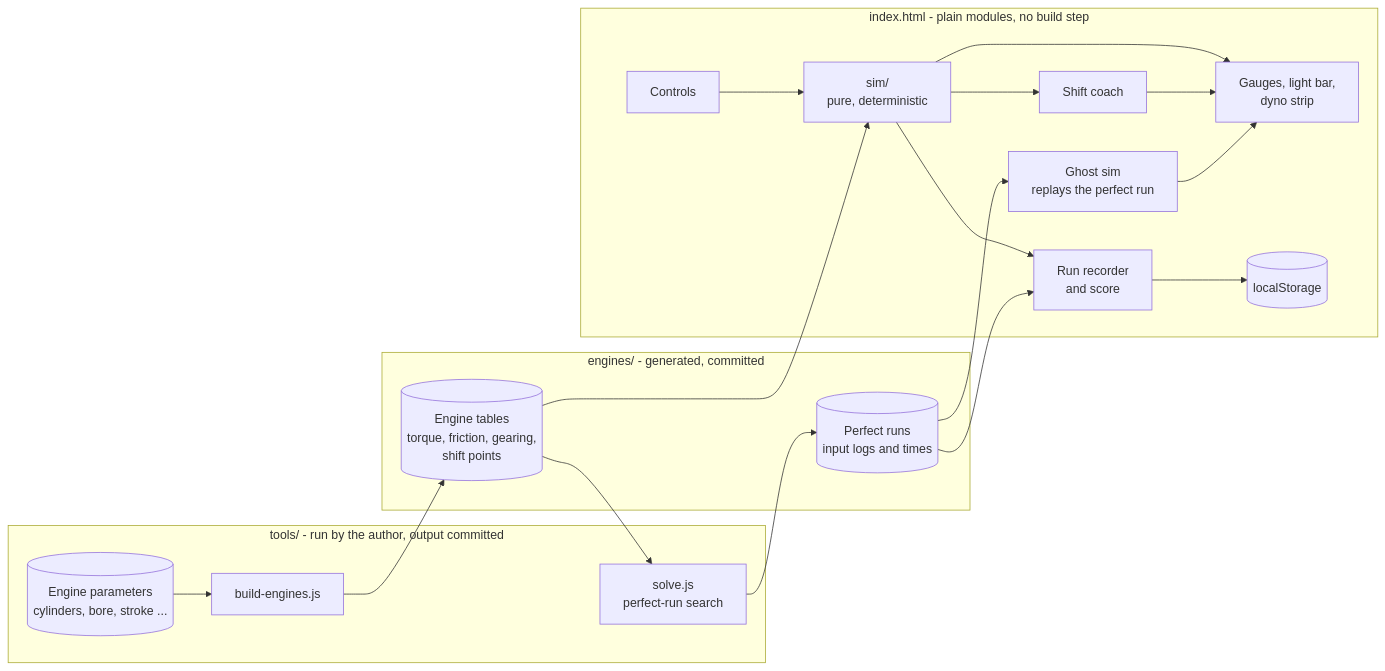
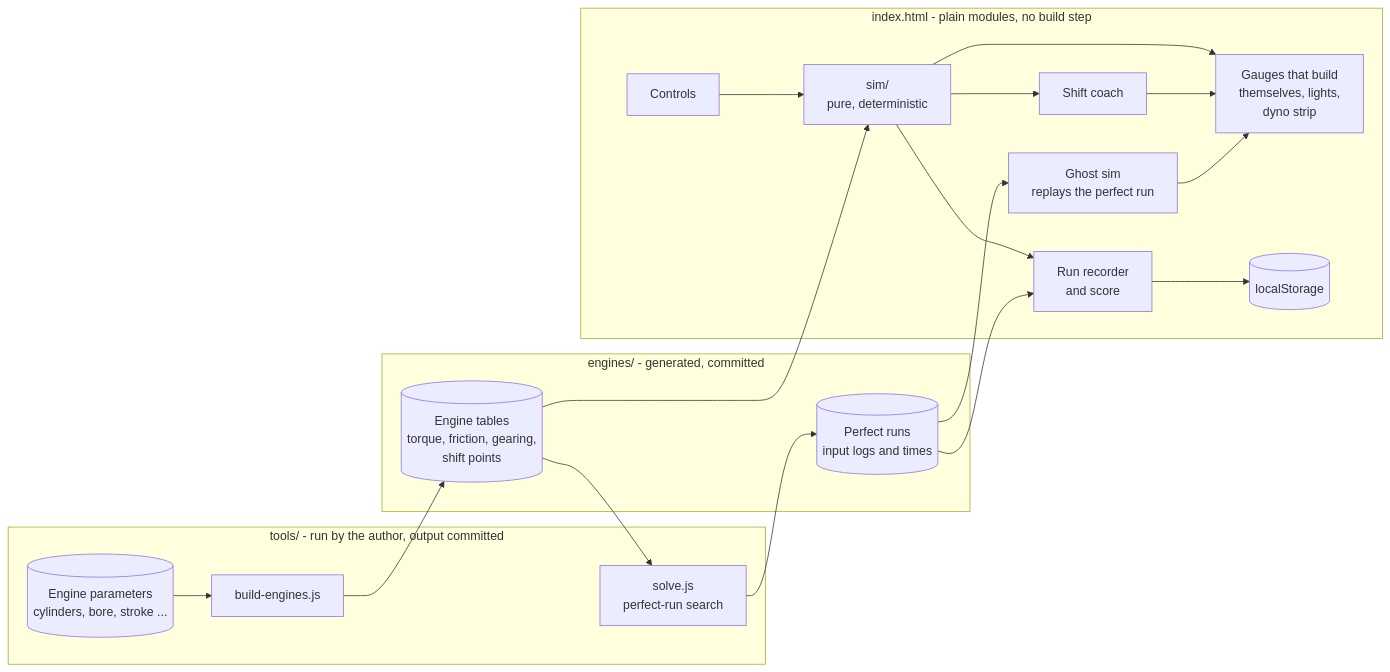
The first of 6 diagrams in pedalsim/requirements/03-architecture.md (MoAbboud/PortFolio), drawn with Mermaid before and after one commit. The commit also changed other lines of this file and 6 other files, not shown here.

Commit message:
git add pedalsim/requirements git commit -m "pedalsim gauges now build themselves: empty circles pixelate in wherever the engine has revved, every tick laid out from that engine's own figures, from a v4 to a v12"

````diff
--- a/pedalsim/requirements/03-architecture.md
+++ b/pedalsim/requirements/03-architecture.md
@@ -12,35 +12,35 @@
 ```mermaid
 flowchart LR
     subgraph offline[tools/ - run by the author, output committed]
         PAR[(Engine parameters<br/>cylinders, bore, stroke ...)]
         GEN[build-engines.js]
         SOL[solve.js<br/>perfect-run search]
         PAR --> GEN
     end
 
     subgraph data[engines/ - generated, committed]
         TAB[(Engine tables<br/>torque, friction, gearing,<br/>shift points)]
         PERF[(Perfect runs<br/>input logs and times)]
     end
 
     subgraph page[index.html - plain modules, no build step]
         IN[Controls]
         SIM[sim/<br/>pure, deterministic]
         GHOST[Ghost sim<br/>replays the perfect run]
         COACH[Shift coach]
-        UI[Gauges, light bar,<br/>dyno strip]
+        UI[Gauges that build<br/>themselves, lights,<br/>dyno strip]
         SCORE[Run recorder<br/>and score]
         LS[(localStorage)]
     end
 
     GEN --> TAB
     TAB --> SOL --> PERF
     TAB --> SIM
     PERF --> GHOST
     IN --> SIM --> UI
     SIM --> COACH --> UI
     GHOST --> UI
     SIM --> SCORE
     PERF --> SCORE
     SCORE --> LS
 ```
````
